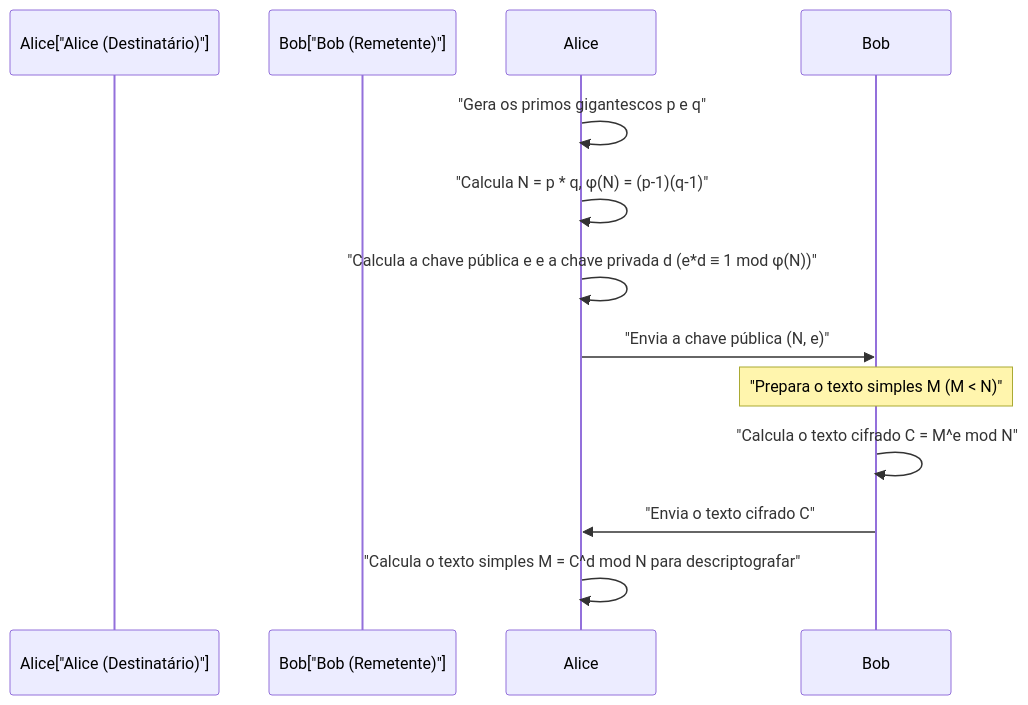
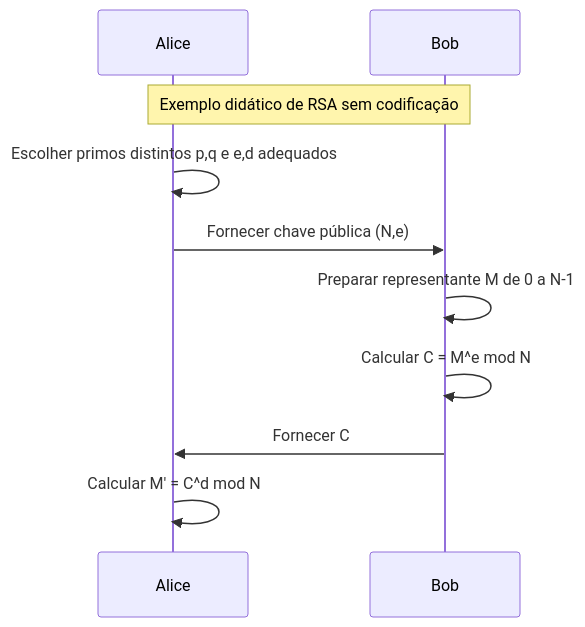
The second of 2 diagrams in content/post/フェルマーの小定理と暗号化/index.pt.md (kenjinote/blog), drawn with Mermaid before and after one commit. The commit also changed other lines of this file and 5 other files, not shown here.

````diff
--- a/content/post/フェルマーの小定理と暗号化/index.pt.md
+++ b/content/post/フェルマーの小定理と暗号化/index.pt.md
@@ -295,14 +210,12 @@
 ```mermaid
 sequenceDiagram
-    participant Alice["Alice (Destinatário)"]
-    participant Bob["Bob (Remetente)"]
-    
-    Alice->>Alice: "Gera os primos gigantescos p e q"
-    Alice->>Alice: "Calcula N = p * q, φ(N) = (p-1)(q-1)"
-    Alice->>Alice: "Calcula a chave pública e e a chave privada d (e*d ≡ 1 mod φ(N))"
-    Alice->>Bob: "Envia a chave pública (N, e)"
-    Note over Bob: "Prepara o texto simples M (M < N)"
-    Bob->>Bob: "Calcula o texto cifrado C = M^e mod N"
-    Bob->>Alice: "Envia o texto cifrado C"
-    Alice->>Alice: "Calcula o texto simples M = C^d mod N para descriptografar"
+    participant Alice as Alice
+    participant Bob as Bob
+    Note over Alice,Bob: Exemplo didático de RSA sem codificação
+    Alice->>Alice: Escolher primos distintos p,q e e,d adequados
+    Alice->>Bob: Fornecer chave pública (N,e)
+    Bob->>Bob: Preparar representante M de 0 a N-1
+    Bob->>Bob: Calcular C = M^e mod N
+    Bob->>Alice: Fornecer C
+    Alice->>Alice: Calcular M' = C^d mod N
 ```
````
